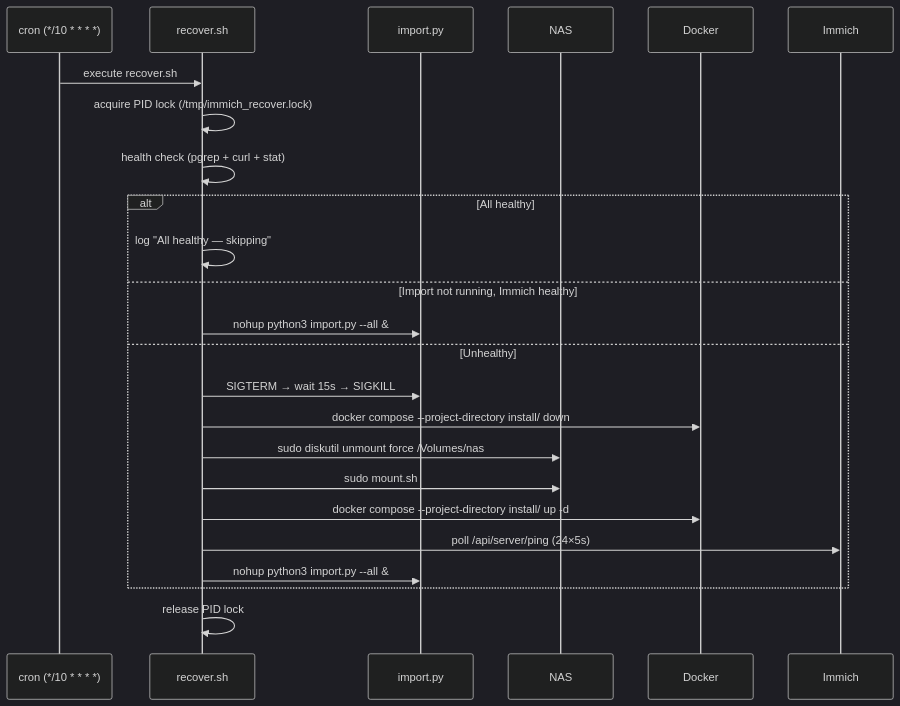
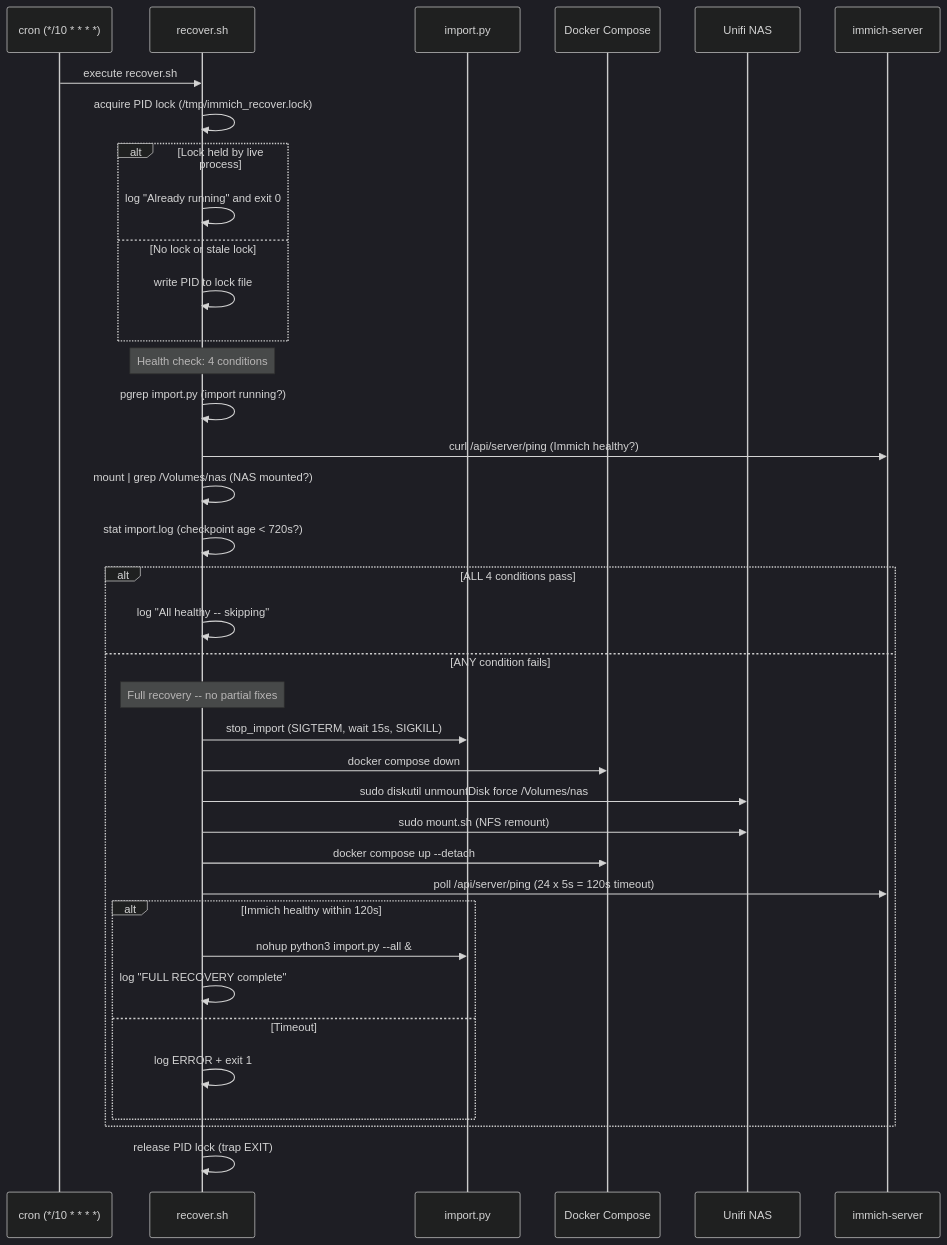
Before and after one commit to raducojocari/immich-test: the fourth of 4 diagrams in ARCHITECTURE.md, drawn with Mermaid (dark theme). The commit also changed other lines of this file and 29 other files, not shown here.

Commit message:
Video import is stable. Recover script is mostly working

````diff
--- a/ARCHITECTURE.md
+++ b/ARCHITECTURE.md
@@ -290,29 +372,44 @@
 ```mermaid
 sequenceDiagram
     participant Cron as cron (*/10 * * * *)
     participant Recover as recover.sh
     participant Import as import.py
-    participant NAS
-    participant Docker
-    participant Immich
+    participant Docker as Docker Compose
+    participant NAS as Unifi NAS
+    participant Immich as immich-server
 
     Cron->>Recover: execute recover.sh
+
     Recover->>Recover: acquire PID lock (/tmp/immich_recover.lock)
-    Recover->>Recover: health check (pgrep + curl + stat)
-
-    alt All healthy
-        Recover->>Recover: log "All healthy — skipping"
-    else Import not running, Immich healthy
-        Recover->>Import: nohup python3 import.py --all &
-    else Unhealthy
-        Recover->>Import: SIGTERM → wait 15s → SIGKILL
-        Recover->>Docker: docker compose --project-directory install/ down
-        Recover->>NAS: sudo diskutil unmount force /Volumes/nas
-        Recover->>NAS: sudo mount.sh
-        Recover->>Docker: docker compose --project-directory install/ up -d
-        Recover->>Immich: poll /api/server/ping (24×5s)
-        Recover->>Import: nohup python3 import.py --all &
+    alt Lock held by live process
+        Recover->>Recover: log "Already running" and exit 0
+    else No lock or stale lock
+        Recover->>Recover: write PID to lock file
     end
 
-    Recover->>Recover: release PID lock
+    Note over Recover: Health check: 4 conditions
+    Recover->>Recover: pgrep import.py (import running?)
+    Recover->>Immich: curl /api/server/ping (Immich healthy?)
+    Recover->>Recover: mount | grep /Volumes/nas (NAS mounted?)
+    Recover->>Recover: stat import.log (checkpoint age < 720s?)
+
+    alt ALL 4 conditions pass
+        Recover->>Recover: log "All healthy -- skipping"
+    else ANY condition fails
+        Note over Recover: Full recovery -- no partial fixes
+        Recover->>Import: stop_import (SIGTERM, wait 15s, SIGKILL)
+        Recover->>Docker: docker compose down
+        Recover->>NAS: sudo diskutil unmountDisk force /Volumes/nas
+        Recover->>NAS: sudo mount.sh (NFS remount)
+        Recover->>Docker: docker compose up --detach
+        Recover->>Immich: poll /api/server/ping (24 x 5s = 120s timeout)
+        alt Immich healthy within 120s
+            Recover->>Import: nohup python3 import.py --all &
+            Recover->>Recover: log "FULL RECOVERY complete"
+        else Timeout
+            Recover->>Recover: log ERROR + exit 1
+        end
+    end
+
+    Recover->>Recover: release PID lock (trap EXIT)
 ```
````
